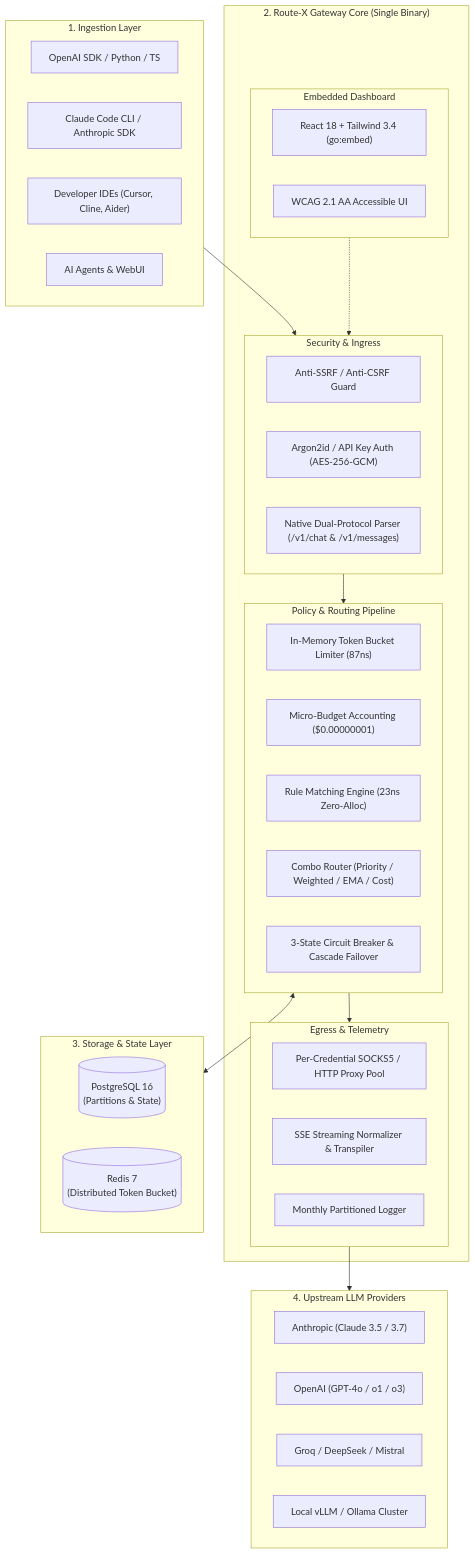
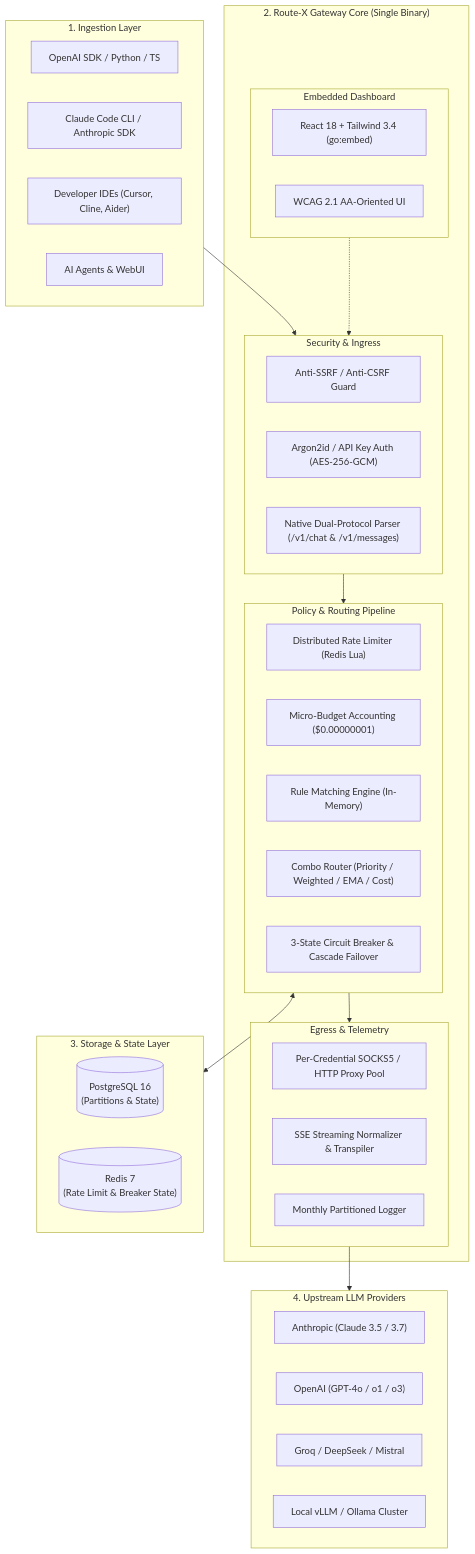
The diagram in README.md (NexGen-X/Route-X), drawn with Mermaid before and after one commit. The commit also changed other lines of this file, not shown here.

````diff
--- a/README.md
+++ b/README.md
@@ -111,55 +111,55 @@
 ```mermaid
 flowchart TD
     subgraph Clients["1. Ingestion Layer"]
         C1["OpenAI SDK / Python / TS"]
         C2["Claude Code CLI / Anthropic SDK"]
         C3["Developer IDEs (Cursor, Cline, Aider)"]
         C4["AI Agents & WebUI"]
     end
 
     subgraph Gateway["2. Route-X Gateway Core (Single Binary)"]
         subgraph Ingress["Security & Ingress"]
             I1["Anti-SSRF / Anti-CSRF Guard"]
             I2["Argon2id / API Key Auth (AES-256-GCM)"]
             I3["Native Dual-Protocol Parser (/v1/chat & /v1/messages)"]
         end
 
         subgraph Engine["Policy & Routing Pipeline"]
-            R1["In-Memory Token Bucket Limiter (87ns)"]
+            R1["Distributed Rate Limiter (Redis Lua)"]
             R2["Micro-Budget Accounting ($0.00000001)"]
-            R3["Rule Matching Engine (23ns Zero-Alloc)"]
+            R3["Rule Matching Engine (In-Memory)"]
             R4["Combo Router (Priority / Weighted / EMA / Cost)"]
             R5["3-State Circuit Breaker & Cascade Failover"]
         end
 
         subgraph Egress["Egress & Telemetry"]
             E1["Per-Credential SOCKS5 / HTTP Proxy Pool"]
             E2["SSE Streaming Normalizer & Transpiler"]
             E3["Monthly Partitioned Logger"]
         end
         
         subgraph UI["Embedded Dashboard"]
             U1["React 18 + Tailwind 3.4 (go:embed)"]
-            U2["WCAG 2.1 AA Accessible UI"]
+            U2["WCAG 2.1 AA-Oriented UI"]
         end
     end
 
     subgraph State["3. Storage & State Layer"]
         DB[("PostgreSQL 16\n(Partitions & State)")]
-        RD[("Redis 7\n(Distributed Token Bucket)")]
+        RD[("Redis 7\n(Rate Limit & Breaker State)")]
     end
 
     subgraph Upstreams["4. Upstream LLM Providers"]
         P1["Anthropic (Claude 3.5 / 3.7)"]
         P2["OpenAI (GPT-4o / o1 / o3)"]
         P3["Groq / DeepSeek / Mistral"]
         P4["Local vLLM / Ollama Cluster"]
     end
 
     Clients --> Ingress
     Ingress --> Engine
     Engine <--> State
     Engine --> Egress
     Egress --> Upstreams
     UI -.-> Ingress
 ```
````
